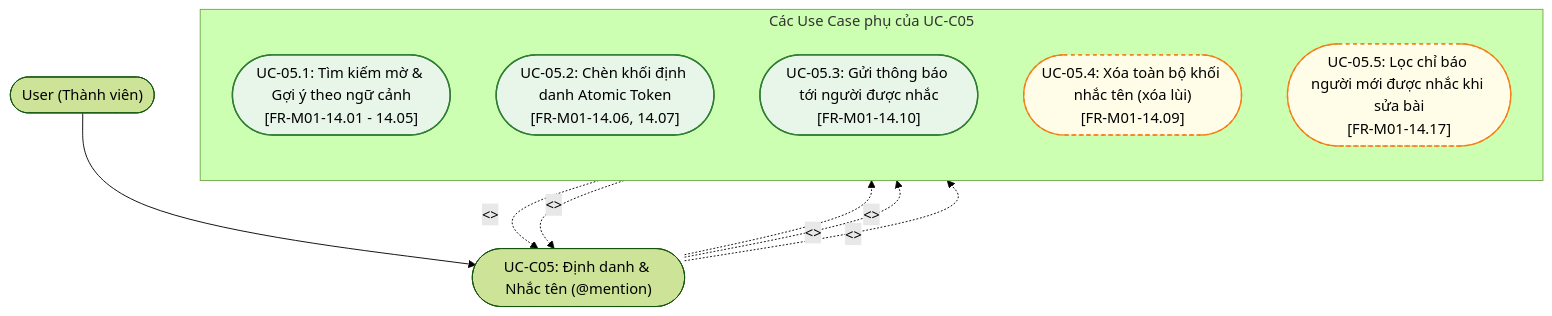
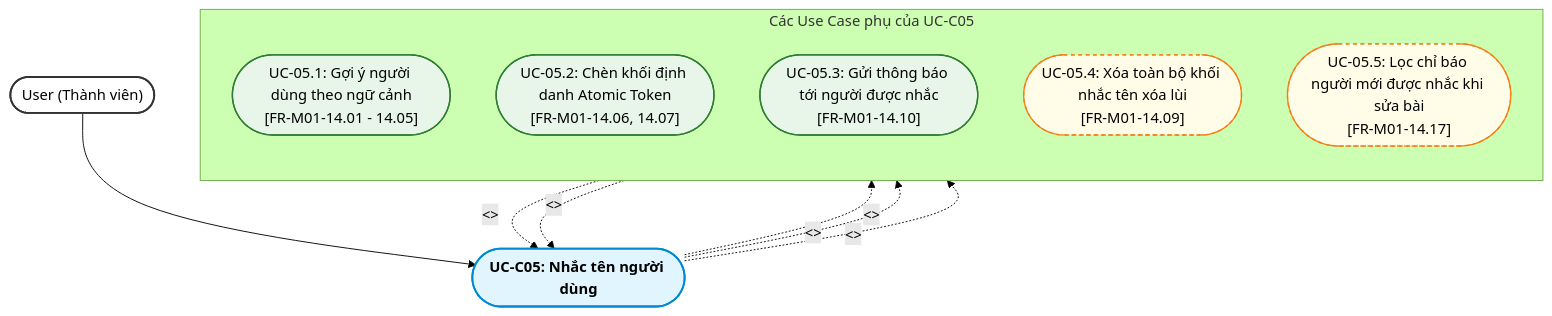
One commit to dat2k42004/iShare changed the sixth of 7 diagrams in docs/specs/us/US-M01.md. Above: the diagram before and after it, drawn with Mermaid (forest theme). The commit also changed other lines of this file, not shown here.

````diff
--- a/docs/specs/us/US-M01.md
+++ b/docs/specs/us/US-M01.md
@@ -372,30 +440,35 @@
 ```mermaid
 flowchart TB
-    User(["User (Thành viên)"]) --> UC_C05(["UC-C05: Định danh & Nhắc tên (@mention)"])
+    User(["User (Thành viên)"]) --> UC_C05(["UC-C05: Nhắc tên người dùng"])
 
     subgraph Sub_UCC05 ["Các Use Case phụ của UC-C05"]
         direction TB
         %% Bắt buộc (Include)
-        INC_SEARCH_MENTION(["UC-05.1: Tìm kiếm mờ & Gợi ý theo ngữ cảnh<br/>[FR-M01-14.01 - 14.05]"])
+        INC_SEARCH_MENTION(["UC-05.1: Gợi ý người dùng theo ngữ cảnh<br/>[FR-M01-14.01 - 14.05]"])
         INC_INSERT_TOKEN(["UC-05.2: Chèn khối định danh Atomic Token<br/>[FR-M01-14.06, 14.07]"])
         INC_NOTIFY_MENTION(["UC-05.3: Gửi thông báo tới người được nhắc<br/>[FR-M01-14.10]"])
 
         %% Mở rộng (Extend)
-        EXT_DELETE_TOKEN(["UC-05.4: Xóa toàn bộ khối nhắc tên (xóa lùi)<br/>[FR-M01-14.09]"])
+        EXT_DELETE_TOKEN(["UC-05.4: Xóa toàn bộ khối nhắc tên xóa lùi<br/>[FR-M01-14.09]"])
         EXT_EDIT_MENTION(["UC-05.5: Lọc chỉ báo người mới được nhắc khi sửa bài<br/>[FR-M01-14.17]"])
     end
 
     %% Quan hệ Include
     UC_C05 -.->|"<<include>>"| INC_SEARCH_MENTION
     UC_C05 -.->|"<<include>>"| INC_INSERT_TOKEN
     UC_C05 -.->|"<<include>>"| INC_NOTIFY_MENTION
 
     %% Quan hệ Extend
     EXT_DELETE_TOKEN -.->|"<<extend>>"| UC_C05
     EXT_EDIT_MENTION -.->|"<<extend>>"| UC_C05
 
+    classDef actorStyle fill:#ffffff,stroke:#333333,stroke-width:2px;
+    classDef coreUC fill:#e1f5fe,stroke:#0288d1,stroke-width:2px,font-weight:bold;
     classDef incStyle fill:#e8f5e9,stroke:#2e7d32,stroke-width:1.5px;
     classDef extStyle fill:#fffde7,stroke:#f57f17,stroke-width:1.5px,stroke-dasharray: 4 4;
+
+    class User actorStyle;
+    class UC_C05 coreUC;
     class INC_SEARCH_MENTION,INC_INSERT_TOKEN,INC_NOTIFY_MENTION incStyle;
     class EXT_DELETE_TOKEN,EXT_EDIT_MENTION extStyle;
 ```
````
